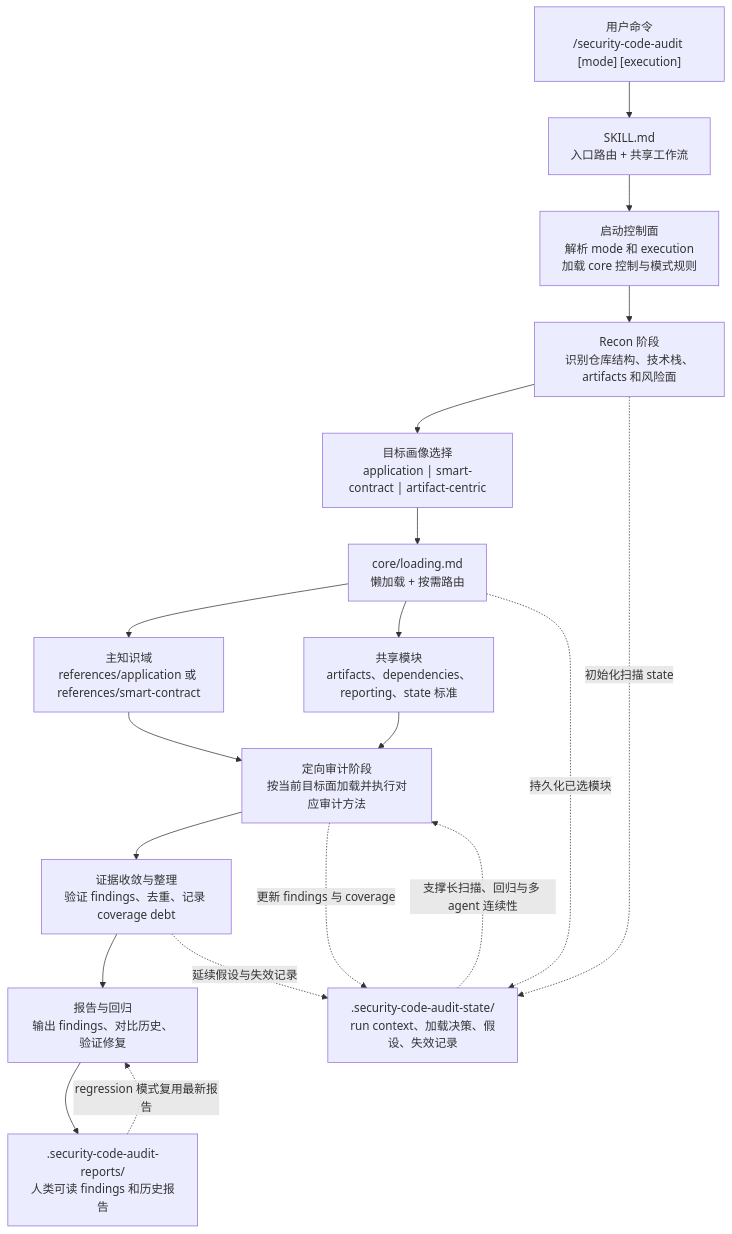
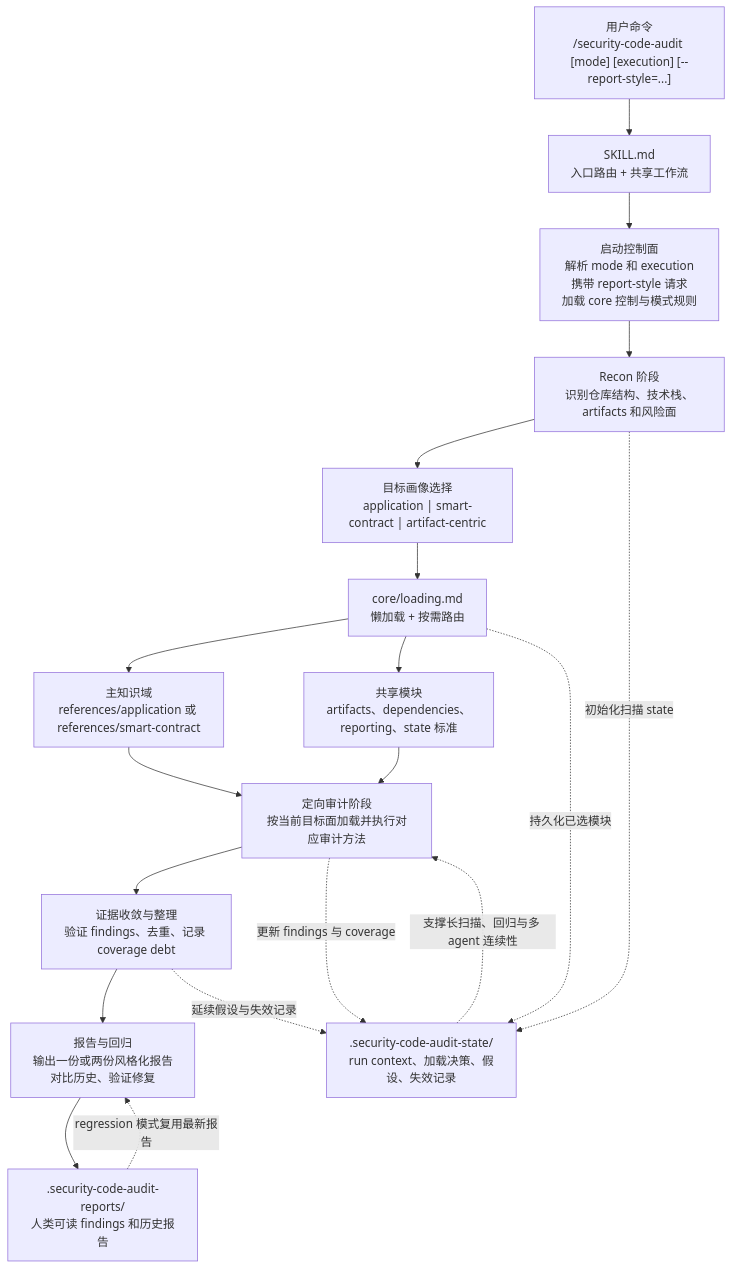
One commit to sari3l/security-code-audit-skill changed the diagram in README-CN.md. Above: the diagram before and after it, drawn with Mermaid. The commit also changed other lines of this file and 17 other files, not shown here.

````diff
--- a/README-CN.md
+++ b/README-CN.md
@@ -57,42 +76,42 @@
 ```mermaid
 flowchart TD
-    A["用户命令<br/>/security-code-audit [mode] [execution]"]
+    A["用户命令<br/>/security-code-audit [mode] [execution] [--report-style=...]"]
     B["SKILL.md<br/>入口路由 + 共享工作流"]
 
-    C["启动控制面<br/>解析 mode 和 execution<br/>加载 core 控制与模式规则"]
+    C["启动控制面<br/>解析 mode 和 execution<br/>携带 report-style 请求<br/>加载 core 控制与模式规则"]
     D["Recon 阶段<br/>识别仓库结构、技术栈、artifacts 和风险面"]
     E["目标画像选择<br/>application | smart-contract | artifact-centric"]
 
     F["core/loading.md<br/>懒加载 + 按需路由"]
     G["主知识域<br/>references/application 或 references/smart-contract"]
     H["共享模块<br/>artifacts、dependencies、reporting、state 标准"]
 
     I["定向审计阶段<br/>按当前目标面加载并执行对应审计方法"]
     J["证据收敛与整理<br/>验证 findings、去重、记录 coverage debt"]
-    K["报告与回归<br/>输出 findings、对比历史、验证修复"]
+    K["报告与回归<br/>输出一份或两份风格化报告<br/>对比历史、验证修复"]
 
     S[".security-code-audit-state/<br/>run context、加载决策、假设、失效记录"]
     R[".security-code-audit-reports/<br/>人类可读 findings 和历史报告"]
 
     A --> B
     B --> C
     C --> D
     D --> E
     E --> F
 
     F --> G
     F --> H
 
     G --> I
     H --> I
     I --> J
     J --> K
     K --> R
 
     D -. 初始化扫描 state .-> S
     F -. 持久化已选模块 .-> S
     I -. 更新 findings 与 coverage .-> S
     J -. 延续假设与失效记录 .-> S
     S -. 支撑长扫描、回归与多 agent 连续性 .-> I
     R -. regression 模式复用最新报告 .-> K
 ```
````
